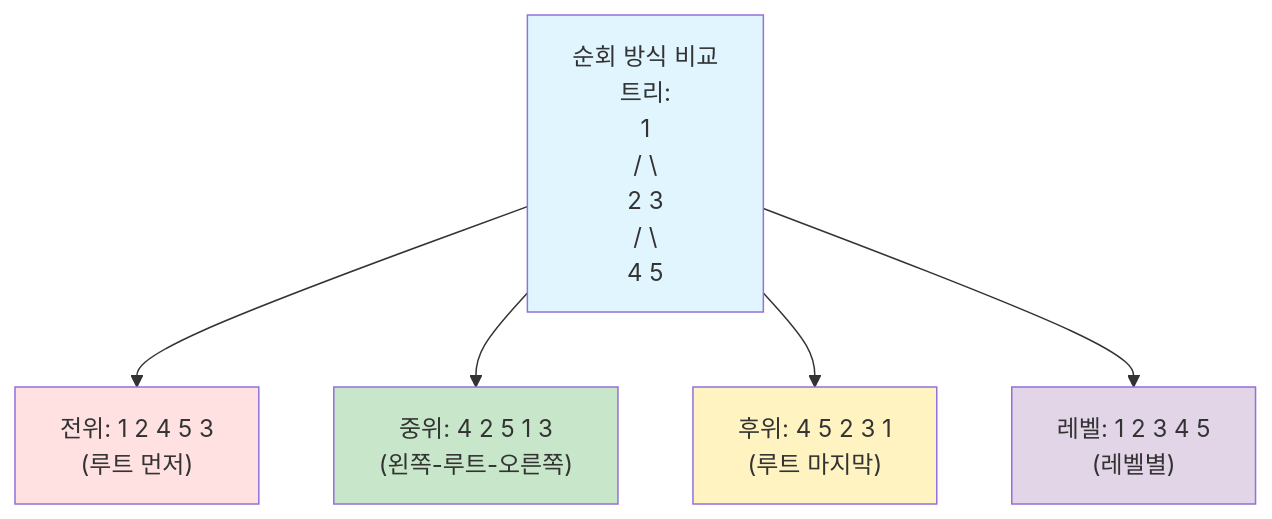
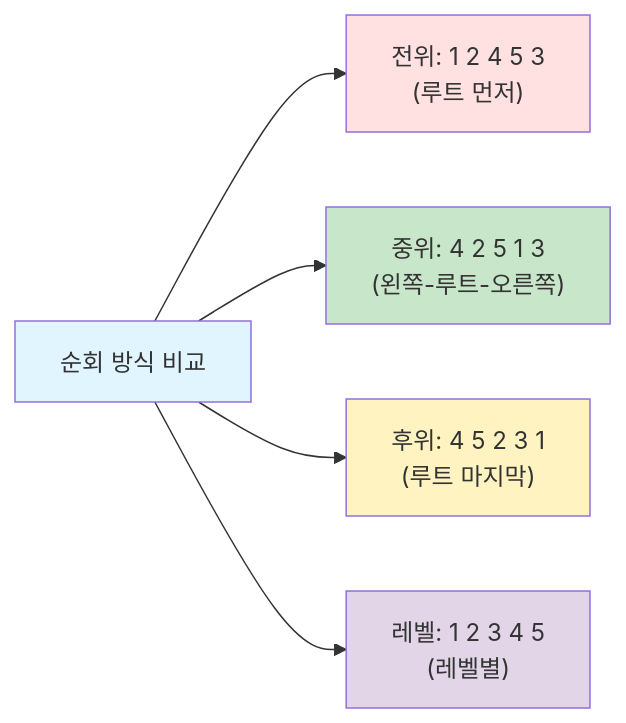
The third of 4 diagrams in _md/essentials-codingtest/chapter03/03-4.md (nugurejeil/weniVooks), drawn with Mermaid before and after one commit. The commit also changed other lines of this file and 2 other files, not shown here.

````diff
--- a/_md/essentials-codingtest/chapter03/03-4.md
+++ b/_md/essentials-codingtest/chapter03/03-4.md
@@ -203,20 +200,13 @@
 ```mermaid
-graph TD
-    A["순회 방식 비교<br/>트리:<br/>    1<br/>   / \<br/>  2   3<br/> / \<br/>4   5"]
-
-    B["전위: 1 2 4 5 3<br/>(루트 먼저)"]
-    C["중위: 4 2 5 1 3<br/>(왼쪽-루트-오른쪽)"]
-    D["후위: 4 5 2 3 1<br/>(루트 마지막)"]
-    E["레벨: 1 2 3 4 5<br/>(레벨별)"]
-
-    A --> B
-    A --> C
-    A --> D
-    A --> E
+graph LR
+    A["순회 방식 비교"] --> B["전위: 1 2 4 5 3<br/>(루트 먼저)"]
+    A --> C["중위: 4 2 5 1 3<br/>(왼쪽-루트-오른쪽)"]
+    A --> D["후위: 4 5 2 3 1<br/>(루트 마지막)"]
+    A --> E["레벨: 1 2 3 4 5<br/>(레벨별)"]
 
     style A fill:#e1f5ff
     style B fill:#ffe1e1
     style C fill:#c8e6c9
     style D fill:#fff4c1
     style E fill:#e1d5e7
 ```
````
